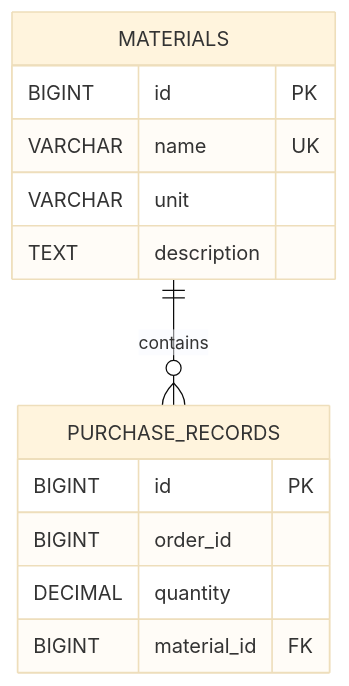
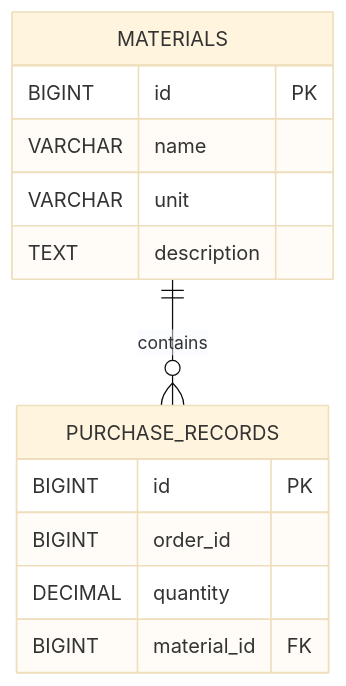
The diagram in docs/database-schema.md (KaterynaUmanska/Block2_Kateryna_Umanska), drawn with Mermaid (base theme) before and after one commit. The commit also changed other lines of this file and 7 other files, not shown here.

````diff
--- a/docs/database-schema.md
+++ b/docs/database-schema.md
@@ -9,18 +9,18 @@
 ```mermaid
 erDiagram
     MATERIALS ||--o{ PURCHASE_RECORDS : contains
 
     MATERIALS {
         BIGINT id PK
-        VARCHAR name UK
+        VARCHAR name
         VARCHAR unit
         TEXT description
     }
 
     PURCHASE_RECORDS {
         BIGINT id PK
         BIGINT order_id
         DECIMAL quantity
         BIGINT material_id FK
     }
 ```
````
